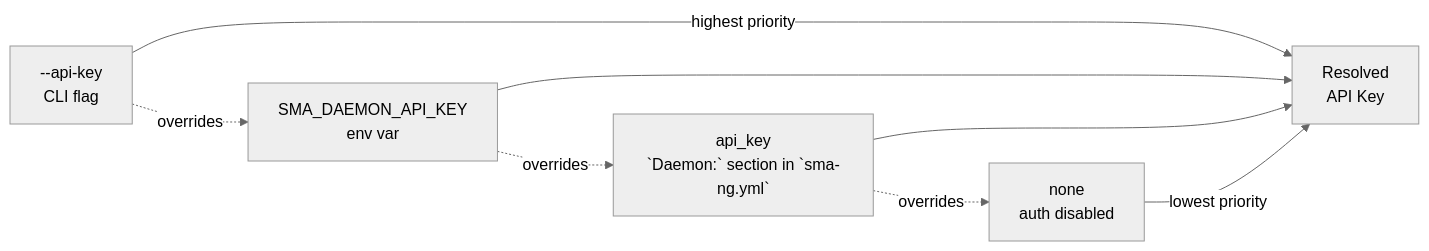
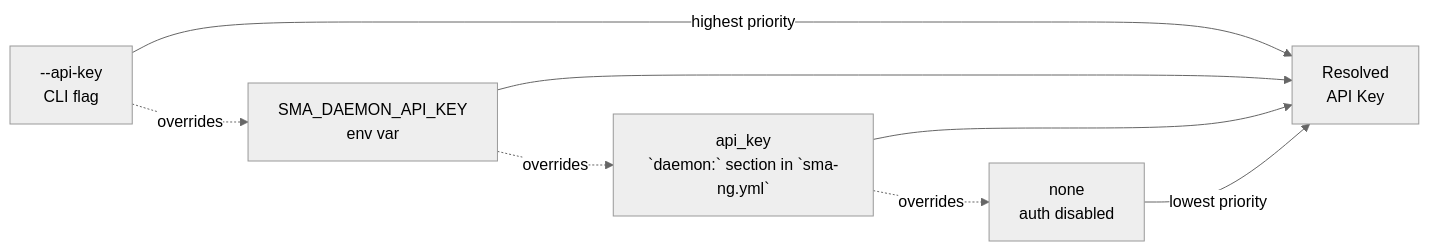
Before and after one commit to newdave/sma-ng: the first of 3 diagrams in docs/daemon.md, drawn with Mermaid (neutral theme). The commit also changed other lines of this file and 1 other file, not shown here.

First line of the commit message:
docs: restructure configuration + daemon reference for four-bucket sma-ng.yml

````diff
--- a/docs/daemon.md
+++ b/docs/daemon.md
@@ -129,8 +129,8 @@
 ```mermaid
 flowchart LR
     A["--api-key\nCLI flag"] -->|highest priority| V["Resolved\nAPI Key"]
     B["SMA_DAEMON_API_KEY\nenv var"] --> V
-    C["api_key\n`Daemon:` section in `sma-ng.yml`"] --> V
+    C["api_key\n`daemon:` section in `sma-ng.yml`"] --> V
     D["none\nauth disabled"] -->|lowest priority| V
     A -.->|overrides| B -.->|overrides| C -.->|overrides| D
 ```
````
